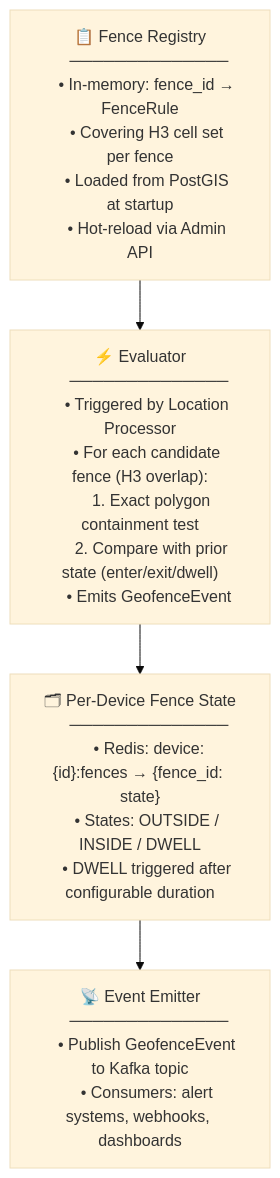
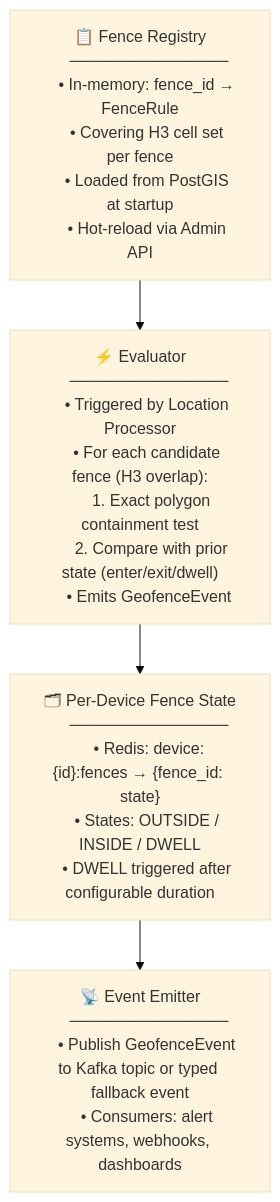
The sixth of 15 diagrams in docs/architecture.md (Khanh-21522203/SignalRoute), drawn with Mermaid (base theme) before and after one commit. The commit also changed other lines of this file and 16 other files, not shown here.

Commit message:
feat(workers): add deterministic fallback worker flows docs: align plan with fallback runtime baseline

````diff
--- a/docs/architecture.md
+++ b/docs/architecture.md
@@ -285,30 +320,30 @@
 ```mermaid
 flowchart TB
     REG["📋 Fence Registry
     ──────────────
     • In-memory: fence_id → FenceRule
     • Covering H3 cell set per fence
     • Loaded from PostGIS at startup
     • Hot-reload via Admin API"]
 
     EVAL["⚡ Evaluator
     ──────────────
     • Triggered by Location Processor
     • For each candidate fence (H3 overlap):
       1. Exact polygon containment test
       2. Compare with prior state (enter/exit/dwell)
     • Emits GeofenceEvent"]
 
     ESTATE["🗂 Per-Device Fence State
     ──────────────
     • Redis: device:{id}:fences → {fence_id: state}
     • States: OUTSIDE / INSIDE / DWELL
     • DWELL triggered after configurable duration"]
 
     EMIT["📡 Event Emitter
     ──────────────
-    • Publish GeofenceEvent to Kafka topic
+    • Publish GeofenceEvent to Kafka topic or typed fallback event
     • Consumers: alert systems, webhooks, dashboards"]
 
     REG --> EVAL --> ESTATE --> EMIT
 ```
````
